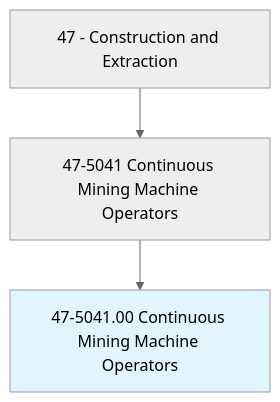
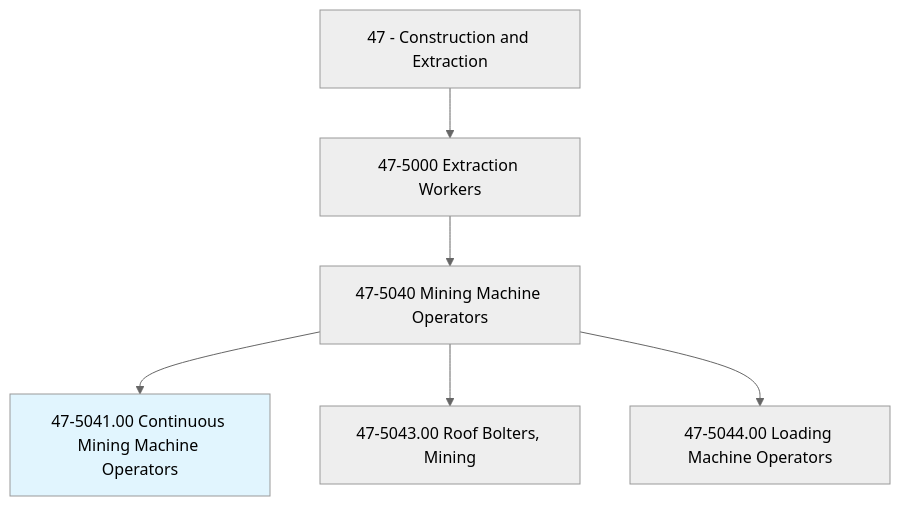
Before and after one commit to kziemski/business.org.ai: the first of 4 diagrams in occupations/Construction/ContinuousMiningMachineOperators.mdx, drawn with Mermaid (neutral theme). The commit also changed other lines of this file and 938 other files, not shown here.

````diff
--- a/occupations/Construction/ContinuousMiningMachineOperators.mdx
+++ b/occupations/Construction/ContinuousMiningMachineOperators.mdx
@@ -19,6 +23,9 @@
 ```mermaid
 graph TD
-    Cat47["47 - Construction and Extraction"] --> Group475041["47-5041 Continuous Mining Machine Operators"]
-    Group475041 --> Current["47-5041.00 Continuous Mining Machine Operators"]
+    Cat47["47 - Construction and Extraction"] --> Group475["47-5000 Extraction Workers"]
+    Group475 --> Group4750["47-5040 Mining Machine Operators"]
+    Group4750 --> Current["47-5041.00 Continuous Mining Machine Operators"]
+    Group4750 --> RoofBolt["47-5043.00 Roof Bolters, Mining"]
+    Group4750 --> Loading["47-5044.00 Loading Machine Operators"]
     style Current fill:#e1f5fe
 ```
````
